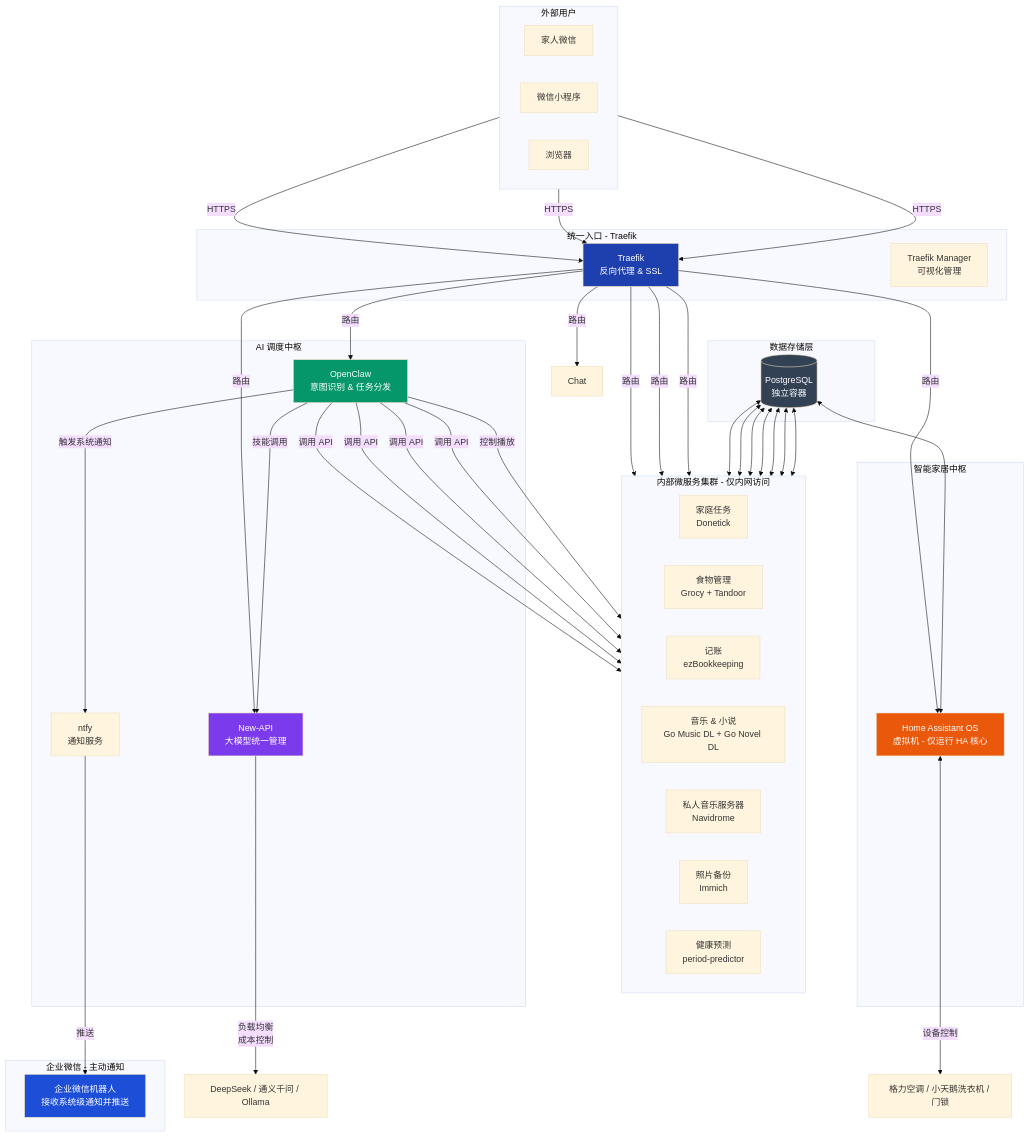
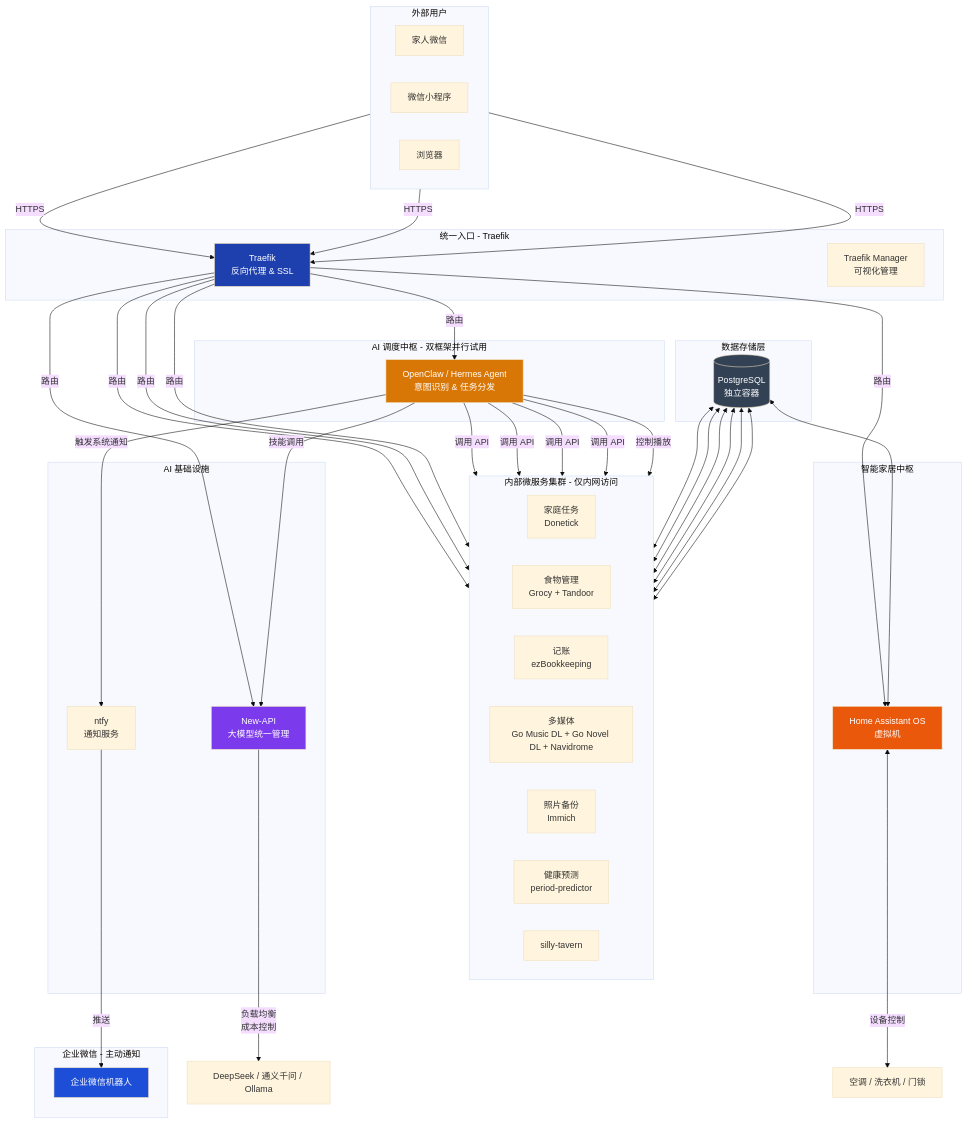
The diagram in docs/architecture.md (Louis-Anson/ForMyLazyWife), drawn with Mermaid (base theme) before and after one commit. The commit also changed other lines of this file, not shown here.

Commit message:
Update architecture.md
Rename & 双Agent并行试用期

````diff
--- a/docs/architecture.md
+++ b/docs/architecture.md
@@ -4,77 +8,77 @@
 ```mermaid
 flowchart TB
     subgraph External[外部用户]
         direction LR
         User1[家人微信]
         User2[微信小程序]
         User3[浏览器]
     end
 
     subgraph Gateway[统一入口 - Traefik]
         Traefik[Traefik<br>反向代理 & SSL]
         Manager[Traefik Manager<br>可视化管理]
     end
 
-    subgraph AI_Orchestrator[AI 调度中枢]
-        OpenClaw[OpenClaw<br>意图识别 & 任务分发]
+    subgraph AI_Orchestrator[AI 调度中枢 - 双框架并行试用]
+        Agent[OpenClaw / Hermes Agent<br>意图识别 & 任务分发]
+    end
+
+    subgraph AI_Infra[AI 基础设施]
         NewAPI[New-API<br>大模型统一管理]
         ntfy[ntfy<br>通知服务]
     end
 
     subgraph WeCom[企业微信 - 主动通知]
-        WeComBot[企业微信机器人<br>接收系统级通知并推送]
+        WeComBot[企业微信机器人]
     end
 
     subgraph Internal[内部微服务集群 - 仅内网访问]
         direction LR
         Tasks[家庭任务<br>Donetick]
         Food[食物管理<br>Grocy + Tandoor]
         Books[记账<br>ezBookkeeping]
-        Media[音乐 & 小说<br>Go Music DL + Go Novel DL]
-        MusicServer[私人音乐服务器<br>Navidrome]
+        Media[多媒体<br>Go Music DL + Go Novel DL + Navidrome]
         Photos[照片备份<br>Immich]
         Health[健康预测<br>period-predictor]
+        Chat[silly-tavern]
     end
 
     subgraph Database[数据存储层]
         DB[(PostgreSQL<br>独立容器)]
     end
 
     subgraph SmartHome[智能家居中枢]
-        HA[Home Assistant OS<br>虚拟机 - 仅运行 HA 核心]
+        HA[Home Assistant OS<br>虚拟机]
     end
 
     User1 & User2 & User3 -->|HTTPS| Traefik
-
     Traefik -->|路由| NewAPI
-    Traefik -->|路由| OpenClaw
+    Traefik -->|路由| Agent
     Traefik -->|路由| HA
     Traefik -->|路由| Media
-    Traefik -->|路由| MusicServer
     Traefik -->|路由| Photos
     Traefik -->|路由| Chat
 
-    OpenClaw -->|技能调用| NewAPI
+    Agent -->|技能调用| NewAPI
     NewAPI -->|负载均衡<br>成本控制| External_Models[DeepSeek / 通义千问 / Ollama]
-    OpenClaw -->|调用 API| Tasks
-    OpenClaw -->|调用 API| Food
-    OpenClaw -->|调用 API| Books
-    OpenClaw -->|调用 API| Health
-    OpenClaw -->|控制播放| MusicServer
+    Agent -->|调用 API| Tasks
+    Agent -->|调用 API| Food
+    Agent -->|调用 API| Books
+    Agent -->|调用 API| Health
+    Agent -->|控制播放| Media
 
-    OpenClaw -->|触发系统通知| ntfy
+    Agent -->|触发系统通知| ntfy
     ntfy -->|推送| WeComBot
 
-    HA <-->|设备控制| Devices[格力空调 / 小天鹅洗衣机 / 门锁]
-
-    DB <--> Tasks & Food & Books & Health & Media & MusicServer & Photos
+    HA <-->|设备控制| Devices[空调 / 洗衣机 / 门锁]
+    DB <--> Tasks & Food & Books & Health & Media & Photos
     DB <--> HA
 
     style Traefik fill:#1e40af,color:#fff
     style NewAPI fill:#7c3aed,color:#fff
-    style OpenClaw fill:#059669,color:#fff
+    style Agent fill:#d97706,color:#fff
     style HA fill:#ea580c,color:#fff
     style DB fill:#334155,color:#fff
     style WeComBot fill:#1d4ed8,color:#fff
 
 ```
````
